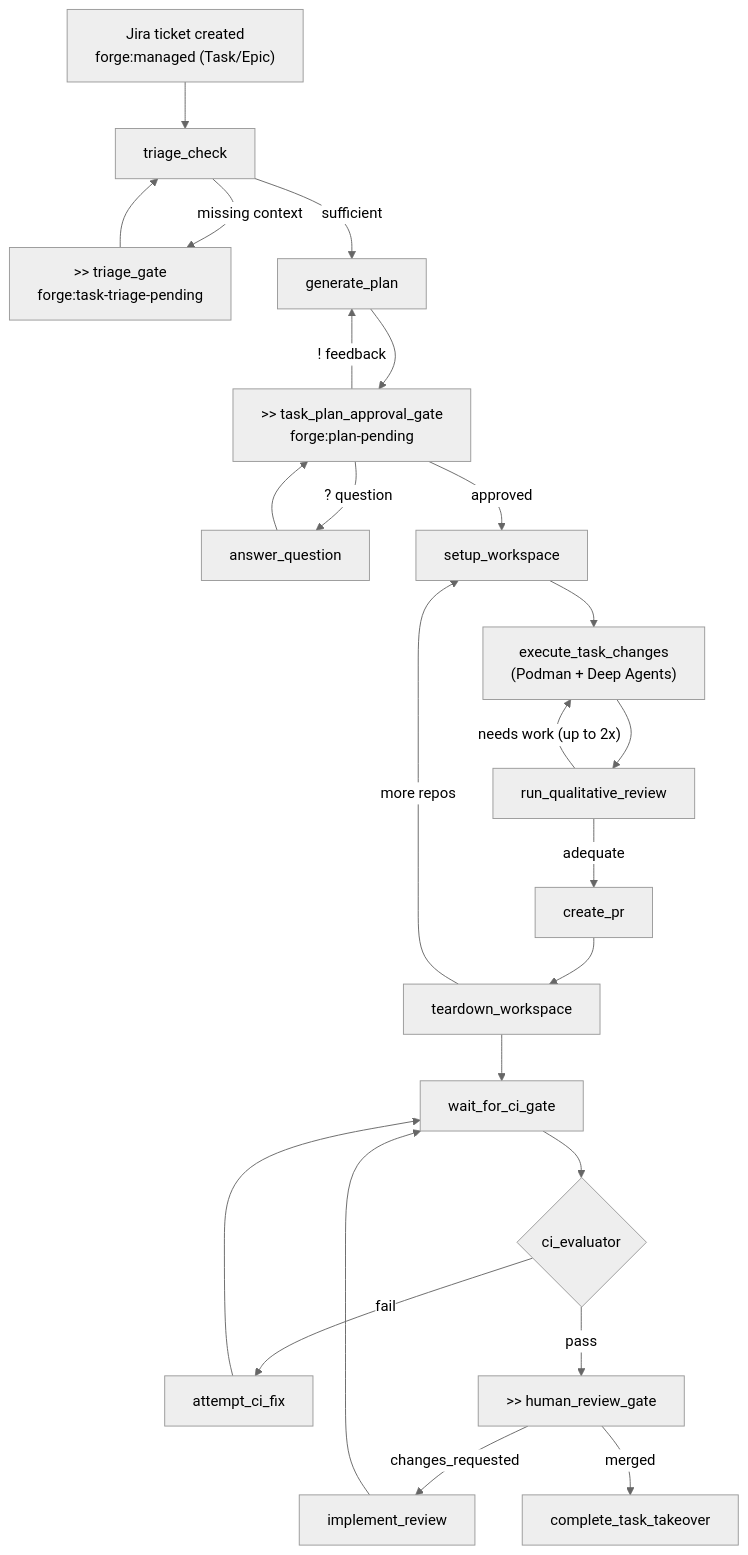
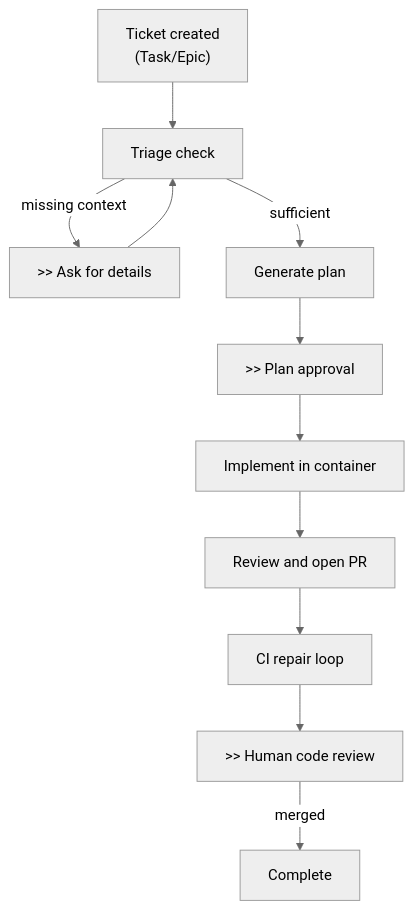
One commit to ekuris-redhat/forge changed the fifth of 5 diagrams in docs/architecture.md. Above: the diagram before and after it, drawn with Mermaid (neutral theme). The commit also changed other lines of this file, not shown here.

First line of the commit message:
Address architecture review: add missing views, fix correctness claims

````diff
--- a/docs/architecture.md
+++ b/docs/architecture.md
@@ -170,28 +476,14 @@
 ```mermaid
 flowchart TD
-    A["Jira ticket created\nforge:managed (Task/Epic)"] --> B[triage_check]
-    B -->|missing context| C[">> triage_gate\nforge:task-triage-pending"]
+    A["Ticket created\n(Task/Epic)"] --> B["Triage check"]
+    B -->|"missing context"| C[">> Ask for details"]
     C --> B
-    B -->|sufficient| D[generate_plan]
-    D --> E[">> task_plan_approval_gate\nforge:plan-pending"]
-    E -->|"? question"| F[answer_question]
-    F --> E
-    E -->|"! feedback"| D
-    E -->|approved| G[setup_workspace]
+    B -->|"sufficient"| D["Generate plan"]
+    D --> E[">> Plan approval"]
 
-    G --> H["execute_task_changes\n(Podman + Deep Agents)"]
-    H --> I[run_qualitative_review]
-    I -->|"needs work (up to 2x)"| H
-    I -->|adequate| J[create_pr]
-    J --> K[teardown_workspace]
-    K -->|more repos| G
-
-    K --> L[wait_for_ci_gate]
-    L --> M{ci_evaluator}
-    M -->|fail| N["attempt_ci_fix"]
-    N --> L
-    M -->|pass| O[">> human_review_gate"]
-    O -->|changes_requested| P[implement_review]
-    P --> L
-    O -->|merged| Q[complete_task_takeover]
+    E --> F["Implement in container"]
+    F --> G["Review and open PR"]
+    G --> H["CI repair loop"]
+    H --> I[">> Human code review"]
+    I -->|merged| J["Complete"]
 ```
````
